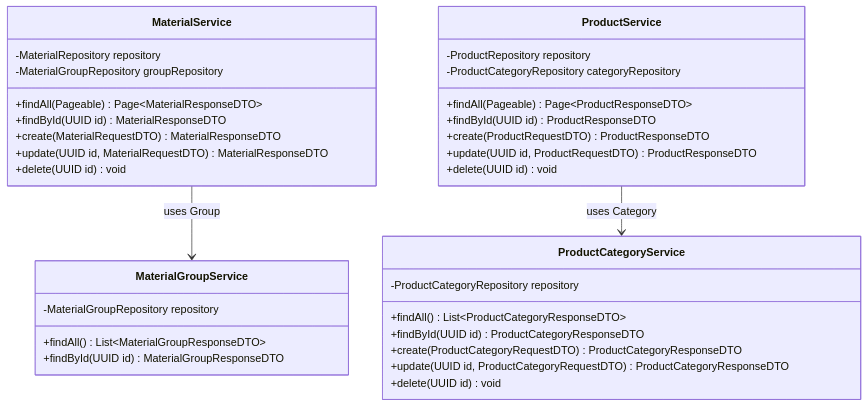
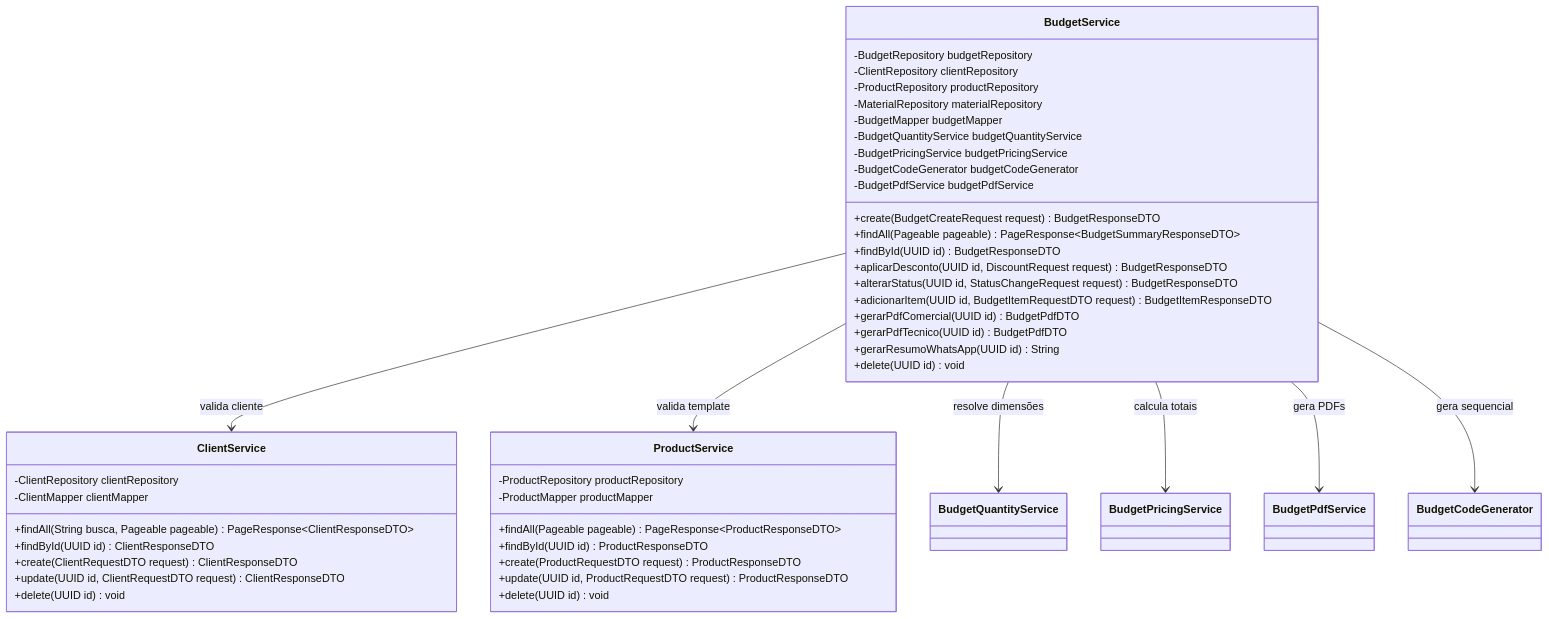
Before and after one commit to ADS-IFPB-SR/alumigest: the fourth of 5 diagrams in docs/sistema/001-analise-projeto/DCC-Diagramas_de_Classes.md, drawn with Mermaid. The commit also changed other lines of this file and 82 other files, not shown here.

````diff
--- a/docs/sistema/001-analise-projeto/DCC-Diagramas_de_Classes.md
+++ b/docs/sistema/001-analise-projeto/DCC-Diagramas_de_Classes.md
@@ -71,40 +326,51 @@
 ```mermaid
 classDiagram
-    class MaterialGroupService {
-        -MaterialGroupRepository repository
-        +findAll() List~MaterialGroupResponseDTO~
-        +findById(UUID id) MaterialGroupResponseDTO
-    }
-
-    class MaterialService {
-        -MaterialRepository repository
-        -MaterialGroupRepository groupRepository
-        +findAll(Pageable) Page~MaterialResponseDTO~
-        +findById(UUID id) MaterialResponseDTO
-        +create(MaterialRequestDTO) MaterialResponseDTO
-        +update(UUID id, MaterialRequestDTO) MaterialResponseDTO
-        +delete(UUID id) void
-    }
-
-    class ProductCategoryService {
-        -ProductCategoryRepository repository
-        +findAll() List~ProductCategoryResponseDTO~
-        +findById(UUID id) ProductCategoryResponseDTO
-        +create(ProductCategoryRequestDTO) ProductCategoryResponseDTO
-        +update(UUID id, ProductCategoryRequestDTO) ProductCategoryResponseDTO
+    class ClientService {
+        -ClientRepository clientRepository
+        -ClientMapper clientMapper
+        +findAll(String busca, Pageable pageable) PageResponse~ClientResponseDTO~
+        +findById(UUID id) ClientResponseDTO
+        +create(ClientRequestDTO request) ClientResponseDTO
+        +update(UUID id, ClientRequestDTO request) ClientResponseDTO
         +delete(UUID id) void
     }
 
     class ProductService {
-        -ProductRepository repository
-        -ProductCategoryRepository categoryRepository
-        +findAll(Pageable) Page~ProductResponseDTO~
+        -ProductRepository productRepository
+        -ProductMapper productMapper
+        +findAll(Pageable pageable) PageResponse~ProductResponseDTO~
         +findById(UUID id) ProductResponseDTO
-        +create(ProductRequestDTO) ProductResponseDTO
-        +update(UUID id, ProductRequestDTO) ProductResponseDTO
+        +create(ProductRequestDTO request) ProductResponseDTO
+        +update(UUID id, ProductRequestDTO request) ProductResponseDTO
         +delete(UUID id) void
     }
 
-    MaterialService --> MaterialGroupService : uses Group
-    ProductService --> ProductCategoryService : uses Category
+    class BudgetService {
+        -BudgetRepository budgetRepository
+        -ClientRepository clientRepository
+        -ProductRepository productRepository
+        -MaterialRepository materialRepository
+        -BudgetMapper budgetMapper
+        -BudgetQuantityService budgetQuantityService
+        -BudgetPricingService budgetPricingService
+        -BudgetCodeGenerator budgetCodeGenerator
+        -BudgetPdfService budgetPdfService
+        +create(BudgetCreateRequest request) BudgetResponseDTO
+        +findAll(Pageable pageable) PageResponse~BudgetSummaryResponseDTO~
+        +findById(UUID id) BudgetResponseDTO
+        +aplicarDesconto(UUID id, DiscountRequest request) BudgetResponseDTO
+        +alterarStatus(UUID id, StatusChangeRequest request) BudgetResponseDTO
+        +adicionarItem(UUID id, BudgetItemRequestDTO request) BudgetItemResponseDTO
+        +gerarPdfComercial(UUID id) BudgetPdfDTO
+        +gerarPdfTecnico(UUID id) BudgetPdfDTO
+        +gerarResumoWhatsApp(UUID id) String
+        +delete(UUID id) void
+    }
+
+    BudgetService --> ClientService : valida cliente
+    BudgetService --> ProductService : valida template
+    BudgetService --> BudgetQuantityService : resolve dimensões
+    BudgetService --> BudgetPricingService : calcula totais
+    BudgetService --> BudgetPdfService : gera PDFs
+    BudgetService --> BudgetCodeGenerator : gera sequencial
 ```
````
